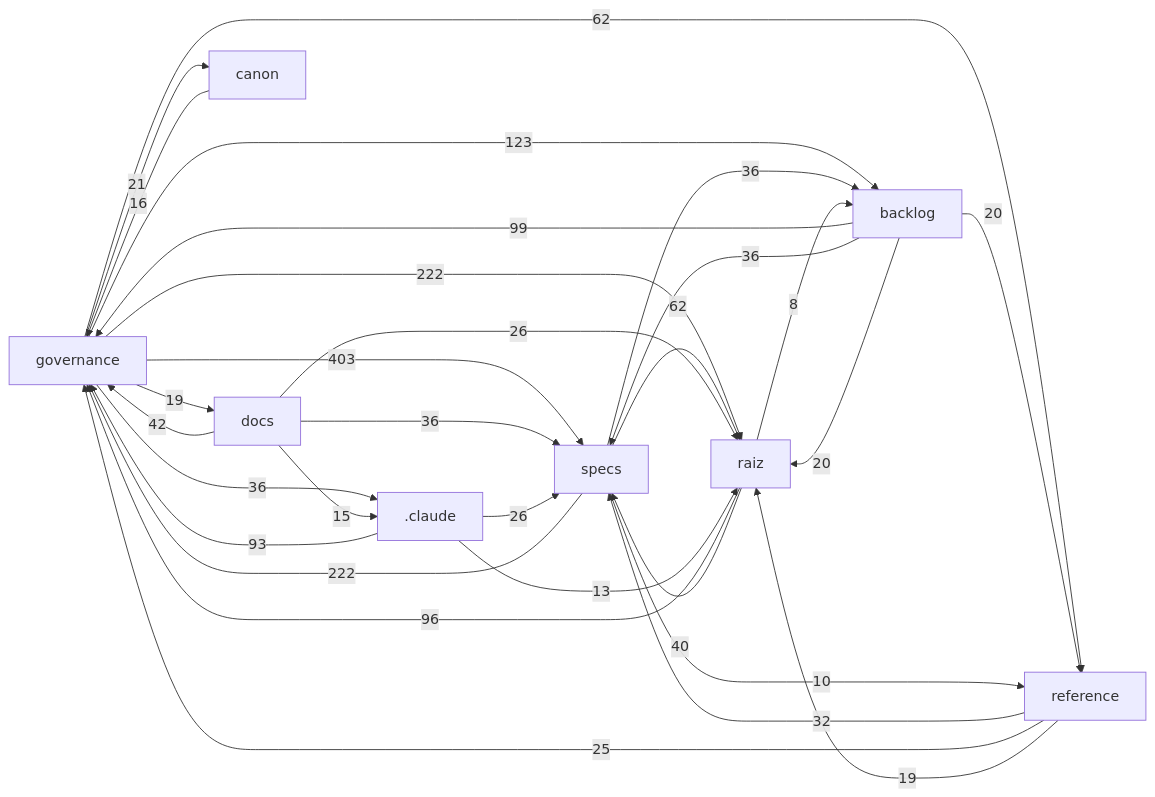
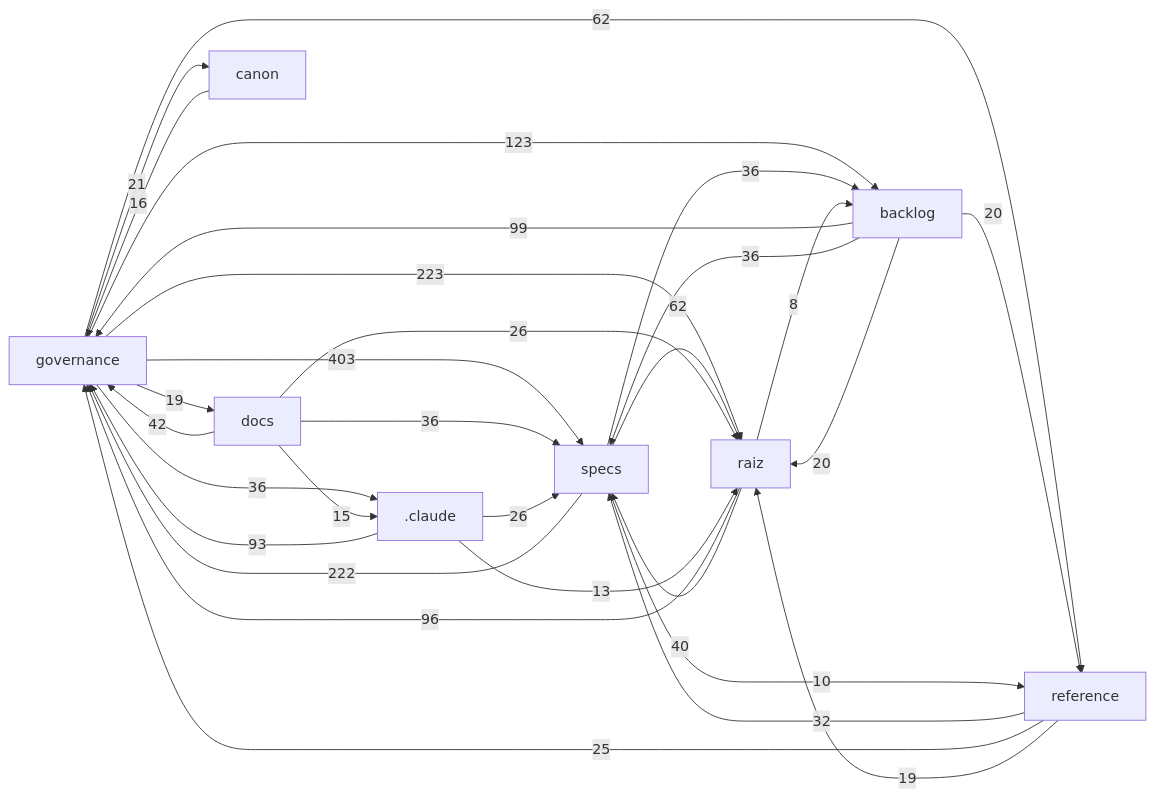
The diagram in docs/mapa/MAPA-PROJETO.md (Andraus35/Sistema-Operacional-de-Trading--SOT), drawn with Mermaid before and after one commit. The commit also changed other lines of this file and 3 other files, not shown here.

````diff
--- a/docs/mapa/MAPA-PROJETO.md
+++ b/docs/mapa/MAPA-PROJETO.md
@@ -29,32 +29,32 @@
 ```mermaid
 flowchart LR
   governance["governance"] -->|403| specs["specs"]
-  governance["governance"] -->|222| raiz["raiz"]
+  governance["governance"] -->|223| raiz["raiz"]
   specs["specs"] -->|222| governance["governance"]
   governance["governance"] -->|123| backlog["backlog"]
   backlog["backlog"] -->|99| governance["governance"]
   raiz["raiz"] -->|96| governance["governance"]
   _claude[".claude"] -->|93| governance["governance"]
   governance["governance"] -->|62| reference["reference"]
   specs["specs"] -->|62| raiz["raiz"]
   docs["docs"] -->|42| governance["governance"]
   raiz["raiz"] -->|40| specs["specs"]
   backlog["backlog"] -->|36| specs["specs"]
   docs["docs"] -->|36| specs["specs"]
   governance["governance"] -->|36| _claude[".claude"]
   specs["specs"] -->|36| backlog["backlog"]
   reference["reference"] -->|32| specs["specs"]
   _claude[".claude"] -->|26| specs["specs"]
   docs["docs"] -->|26| raiz["raiz"]
   reference["reference"] -->|25| governance["governance"]
   governance["governance"] -->|21| canon["canon"]
   backlog["backlog"] -->|20| raiz["raiz"]
   backlog["backlog"] -->|20| reference["reference"]
   governance["governance"] -->|19| docs["docs"]
   reference["reference"] -->|19| raiz["raiz"]
   canon["canon"] -->|16| governance["governance"]
   docs["docs"] -->|15| _claude[".claude"]
   _claude[".claude"] -->|13| raiz["raiz"]
   specs["specs"] -->|10| reference["reference"]
   raiz["raiz"] -->|8| backlog["backlog"]
 ```
````
